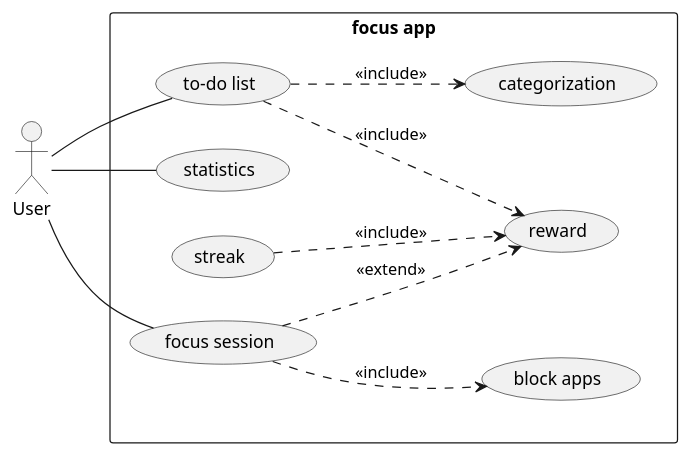
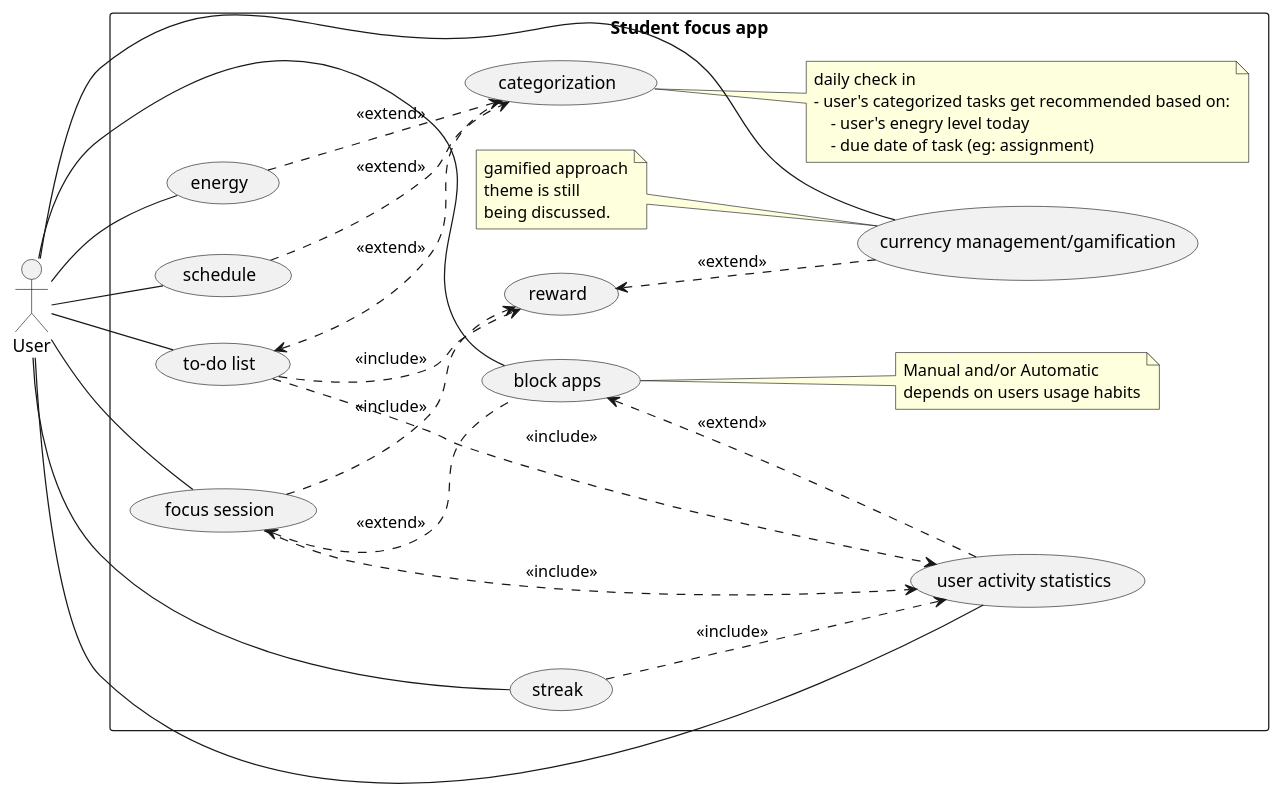
One commit to notmej/CSIS330Project changed the diagram in UML/plan1.puml. Above: the diagram before and after it, drawn with PlantUML.

Commit message:
Done UML + annotations

```diff
--- a/UML/plan1.puml
+++ b/UML/plan1.puml
@@ -1,33 +1,102 @@
 @startuml
 left to right direction
-actor User
 
-rectangle "focus app" as focus {
+rectangle "Student focus app" as focus {
     
     (focus session) as fs
-    (block apps)
+    (block apps) 
     (to-do list)
-    (statistics)
+    (user activity statistics) as s
     (reward)
     (categorization)
     (streak) 
-    '(currency management) as cm
+    (currency management/gamification) as cm
+    (energy)
+    (schedule)
+   
 
-    ' (timer) .down.> (block apps): ""
+    note right of (block apps)
+        Manual and/or Automatic
+        depends on users usage habits
+    end note
+    ' eg: Youtube isnt blocked but instagram is
+    ' user uses YouTube to doom scroll for a long time
+    ' youtube app gets blocked on the device. 
+    ' if they wish to use it they'll have the manually agree 
+    '   - only aplies with a pledge maybe? 
+    '     - like promise that you are using yt for education purposes and not entertainment
+
+    note right of (categorization)
+        daily check in
+        - user's categorized tasks get recommended based on:
+            - user's enegry level today
+            - due date of task (eg: assignment)
+    end note
+
+    note left of cm
+        gamified approach
+        theme is still 
+        being discussed.
+    end note
+
 }
 
-
-User - (to-do list)
-User -down- (fs)
-User - statistics
-
-' All include (required fields)
-(fs) ..>  (block apps) : <<include>>
-(fs) ..>  (reward) : <<extend>>
-(to-do list) ..>  (reward) : <<include>>
-(streak) ..> (reward) : <<include>>
+actor User
+' optionally categorized to-do list
+User -- (to-do list)
+' uer focus session, non essential apps (based on category such as entertainmenet)
+' are blocked from usage until end of timer
+User -- (fs)
+' user statistics based on all focus time, tasks s done, 
+' schedule followed and screen time statistics from phone's collected data
+User -- (s)
+' user can choose how to spend rewardded currency
+' (to be on a gamified module that a theme is yet to be decided)
+User - (cm)
+' user energy affects task reccomendadtion
+User -- (energy)
+ ' user changes their schedule / calander according to when they are
+ ' produvtive the most, notis are sent them to the user
+User -- (schedule)
+' user log in => streak increase
+User -- (streak)
+User -- (block apps)
 
 
-'All extend fields
-(to-do list) ..>  (categorization) : <<include>>
+' every focus session gets put into statstics 
+(fs) ..> (s) : <<include>>
+' every streak increase gets put into statistics
+(streak) ..> (s) : <<include>>
+' every completed to-do list item gets added to statistics
+' each to-do list item:
+'  - (shown as list to go back and review tasks)
+'  - ( just a counter )
+(to-do list) ..> (s) : <<include>>
+
+
+' All include (required fields) (from base included)
+fs ..> (reward) : <<include>>  
+' completing any to-do list task provides a reward
+'  - high mental energy needed task => high reward
+'  - medium mental energy needed task => regular + bonus reward
+'  - low mental energy needed task => regular reward 
+(to-do list) ..> (reward) : <<include>>
+
+
+
+
+'All extend fields (from extention, to base):
+(block apps) <.. s : <<extend>>
+     'user has the option to categorize their tasks by thier energy level
+(to-do list) <..  (categorization) : <<extend>>
+     ' currency management is nota required function for the user to do
+     ' they may choos enot to use their currency 
+(reward) <.. (cm) : <<extend>>
+     ' Energy impacts what tasks are recommended to do:
+     ' eg: low energy = easier tasks 
+(energy) ..> (categorization) : <<extend>>  
+(schedule) ..> (categorization) : <<extend>>
+'(fs) <.. (streak) : <<extend>>
+fs <.. (block apps) : <<extend>>
+
 @enduml
```
